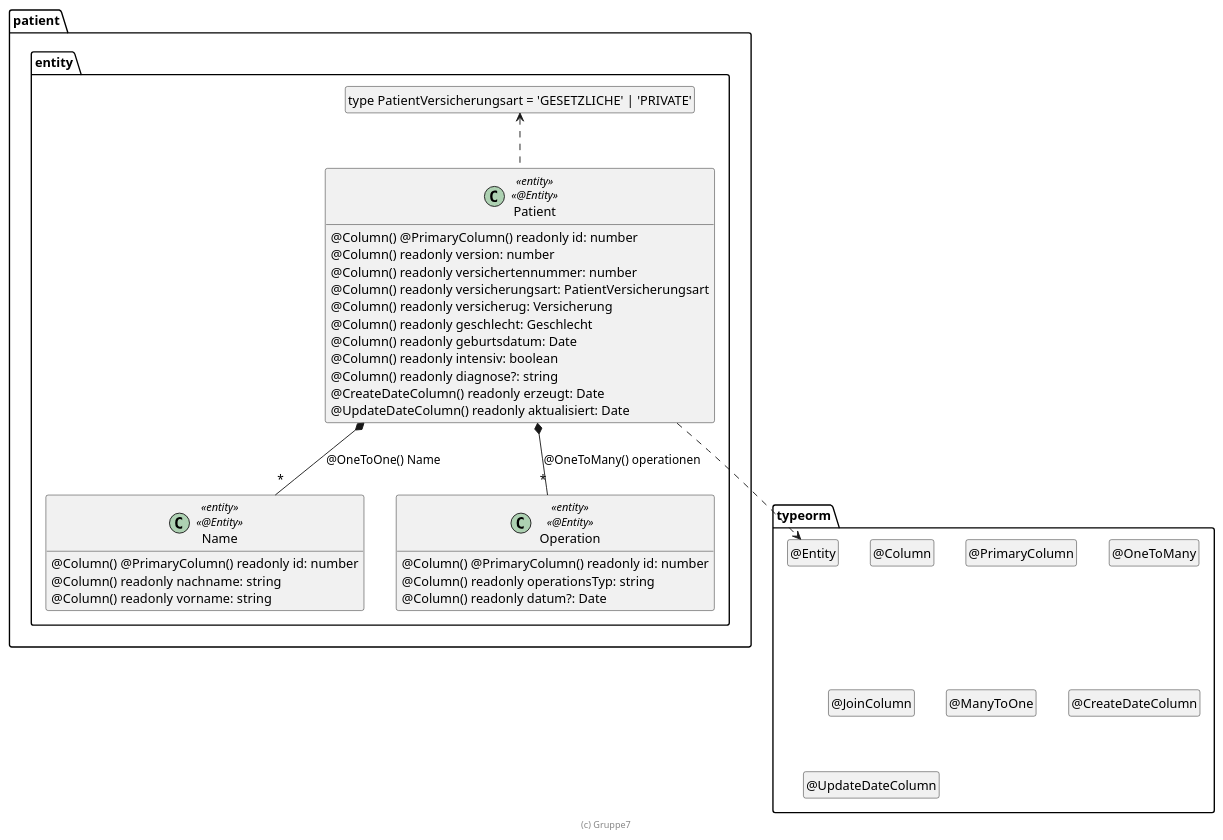
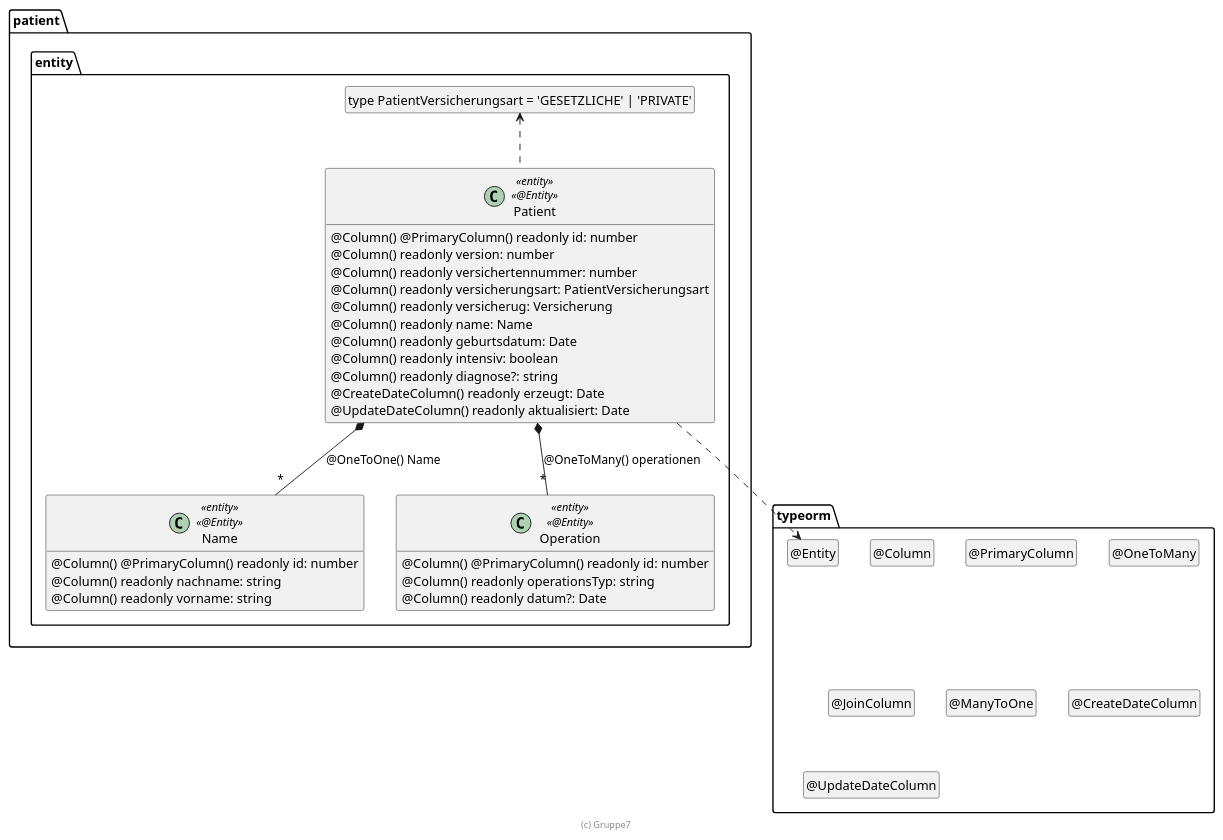
Before and after one commit to dithienphan/patient: the diagram in .extras/doc/entwicklerhandbuch/Patient.plantuml, drawn with PlantUML.

Commit message:
UML-Update

```diff
--- a/.extras/doc/entwicklerhandbuch/Patient.plantuml
+++ b/.extras/doc/entwicklerhandbuch/Patient.plantuml
@@ -3,62 +3,62 @@
 @startuml Entity
 
 package typeorm {
   class "@Entity" as Entity
   hide Entity circle
   class "@Column" as Column
   hide Column circle
   class "@PrimaryColumn" as PrimaryColumn
   hide PrimaryColumn circle
   class "@OneToMany" as OneToMany
   hide OneToMany circle
   class "@JoinColumn" as JoinColumn
   hide JoinColumn circle
   class "@ManyToOne" as ManyToOne
   hide ManyToOne circle
   class "@CreateDateColumn" as CreateDateColumn
   hide CreateDateColumn circle
   class "@UpdateDateColumn" as UpdateDateColumn
   hide UpdateDateColumn circle
 }
 
 package patient.entity {
     class "type PatientVersicherungsart = 'GESETZLICHE' | 'PRIVATE'" as PatientVersicherungsart
   hide PatientVersicherungsart circle
     
     class Patient <<entity>> <<@Entity>> {
         @Column() @PrimaryColumn() readonly id: number
         @Column() readonly version: number
         @Column() readonly versichertennummer: number
         @Column() readonly versicherungsart: PatientVersicherungsart
         @Column() readonly versicherug: Versicherung
-        @Column() readonly geschlecht: Geschlecht
+        @Column() readonly name: Name
         @Column() readonly geburtsdatum: Date
         @Column() readonly intensiv: boolean
         @Column() readonly diagnose?: string
         @CreateDateColumn() readonly erzeugt: Date
         @UpdateDateColumn() readonly aktualisiert: Date
     }
 
     class Name <<entity>> <<@Entity>> {
         @Column() @PrimaryColumn() readonly id: number
         @Column() readonly nachname: string
         @Column() readonly vorname: string
     }
 
     class Operation <<entity>> <<@Entity>> {
         @Column() @PrimaryColumn() readonly id: number
         @Column() readonly operationsTyp: string
         @Column() readonly datum?: Date
     }
 }
 
 Patient ..> Entity
 Patient *-- "*" Name : @OneToOne() Name
 Patient *-- "*" Operation : @OneToMany() operationen
 Patient .up.> PatientVersicherungsart
 
 hide empty members
 
 footer (c) Gruppe7
 
 @enduml
```
